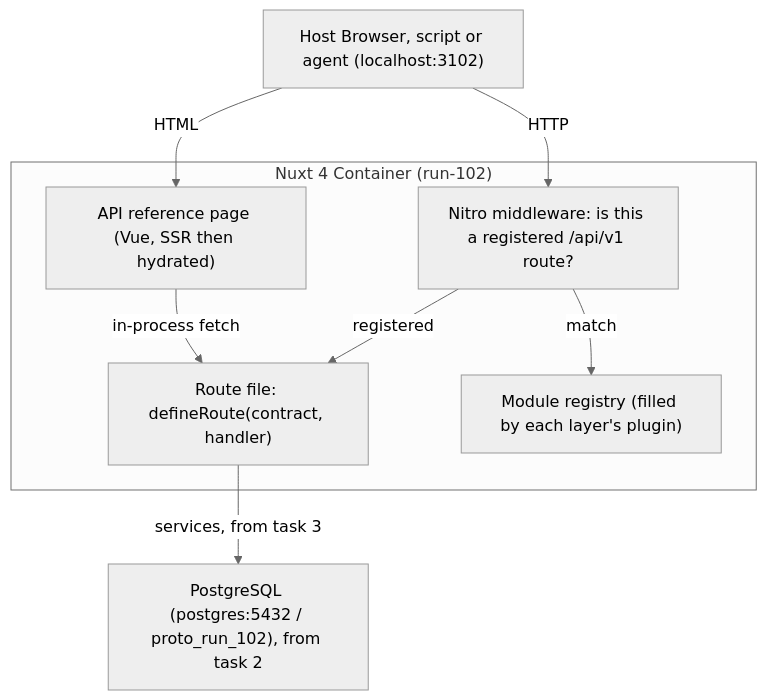
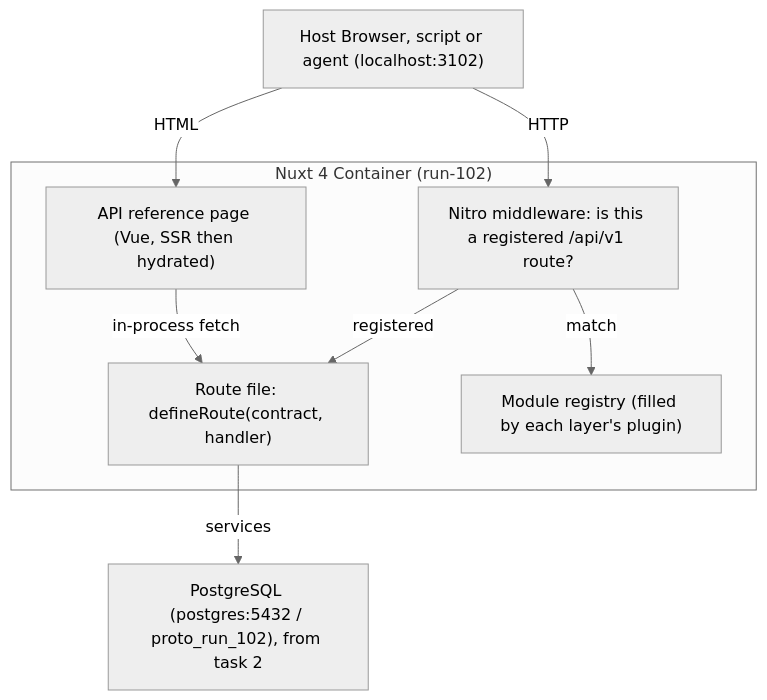
The diagram in docs/run-102/design.md (dltslt/42-tc-proto-docker), drawn with Mermaid (neutral theme) before and after one commit. The commit also changed other lines of this file and 13 other files, not shown here.

````diff
--- a/docs/run-102/design.md
+++ b/docs/run-102/design.md
@@ -10,20 +10,20 @@
 ```mermaid
 flowchart TD
     Client["Host Browser, script or agent (localhost:3102)"]
 
     subgraph Container["Nuxt 4 Container (run-102)"]
         Page["API reference page (Vue, SSR then hydrated)"]
         MW["Nitro middleware: is this a registered /api/v1 route?"]
         Route["Route file: defineRoute(contract, handler)"]
         Reg["Module registry (filled by each layer's plugin)"]
     end
 
     PG["PostgreSQL (postgres:5432 / proto_run_102), from task 2"]
 
     Client -->|HTTP| MW
     Client -->|HTML| Page
     Page -->|in-process fetch| Route
     MW -->|match| Reg
     MW -->|registered| Route
-    Route -->|services, from task 3| PG
+    Route -->|services| PG
 ```
````
